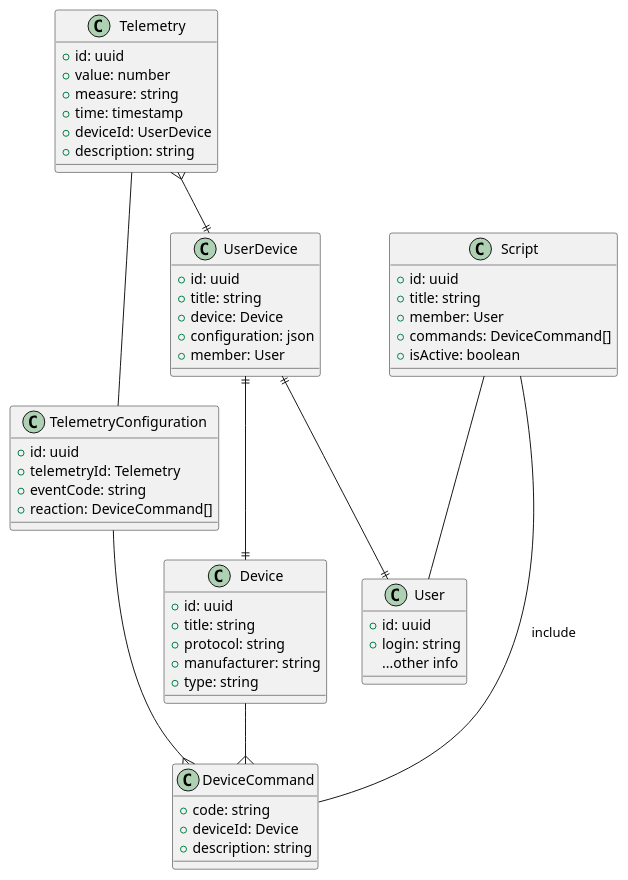
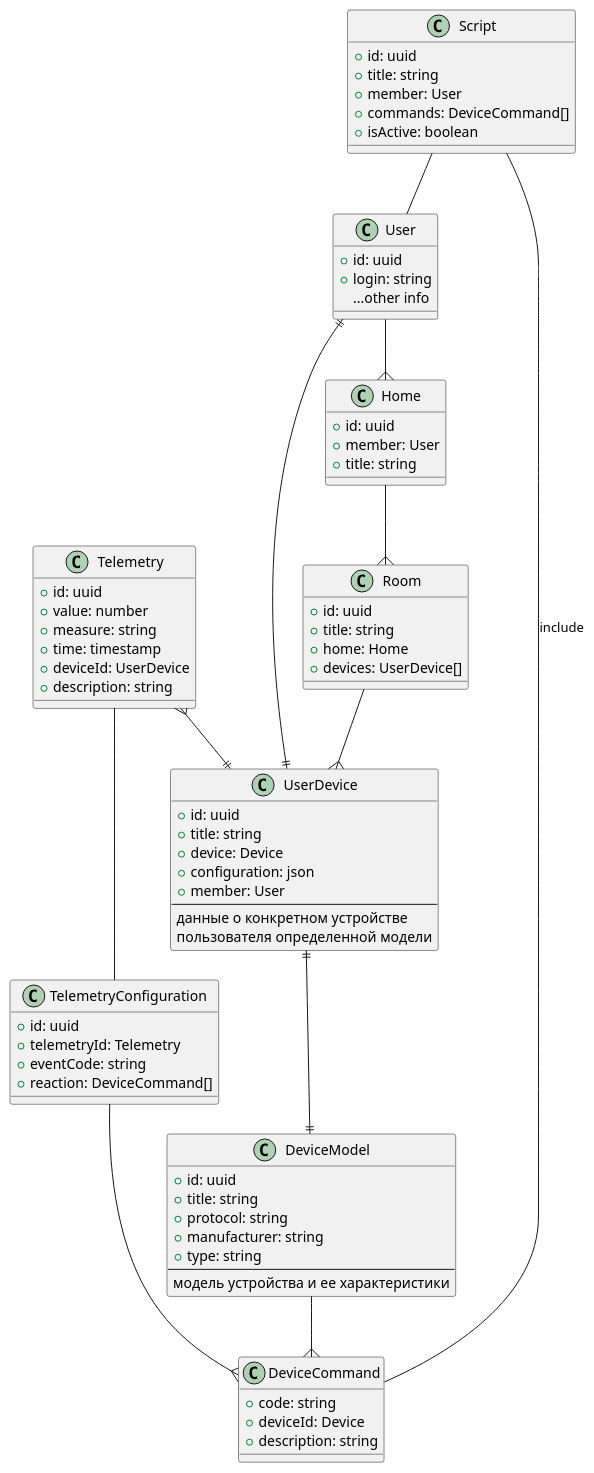
Before and after one commit to RomSnow/architecture-sprint-3: the diagram in diagrams/1-3/SmartHomeApp_ER.puml, drawn with PlantUML. The commit also changed 2 other files, not shown here.

```diff
--- a/diagrams/1-3/SmartHomeApp_ER.puml
+++ b/diagrams/1-3/SmartHomeApp_ER.puml
@@ -1,65 +1,86 @@
 @startuml
 
 class User {
     +id: uuid
     +login: string
     ...other info
 }
 
 class UserDevice {
     +id: uuid
     +title: string
     +device: Device
     +configuration: json
     +member: User
+    ---
+    данные о конкретном устройстве
+     пользователя определенной модели
 }
 
-class Device {
+class DeviceModel {
     +id: uuid
     +title: string
     +protocol: string
     +manufacturer: string
     +type: string
+  ---
+    модель устройства и ее характеристики
 }
 
 class DeviceCommand {
     +code: string
     +deviceId: Device
     +description: string
 }
 
 class Telemetry {
     +id: uuid
     +value: number
     +measure: string
     +time: timestamp
     +deviceId: UserDevice
     +description: string
 }
 
 class TelemetryConfiguration {
     +id: uuid
     +telemetryId: Telemetry
     +eventCode: string
     +reaction: DeviceCommand[]
 }
 
 class Script {
     +id: uuid
     +title: string
     +member: User
     +commands: DeviceCommand[]
     +isActive: boolean
 }
 
+class Home {
+    +id: uuid
+    +member: User
+    +title: string
+}
+
+class Room {
+    +id: uuid
+    +title: string
+    +home: Home
+    +devices: UserDevice[]
+}
+
 UserDevice ||--|| User
-UserDevice ||--|| Device
-Device --{ DeviceCommand
+UserDevice ||--|| DeviceModel
+DeviceModel --{ DeviceCommand
 Telemetry }--|| UserDevice
 Telemetry -- TelemetryConfiguration
 TelemetryConfiguration --{ DeviceCommand
 Script -- User
 Script -- DeviceCommand: include
+User --{ Home
+Home --{ Room
+Room --{ UserDevice
 
 
 @enduml
```
